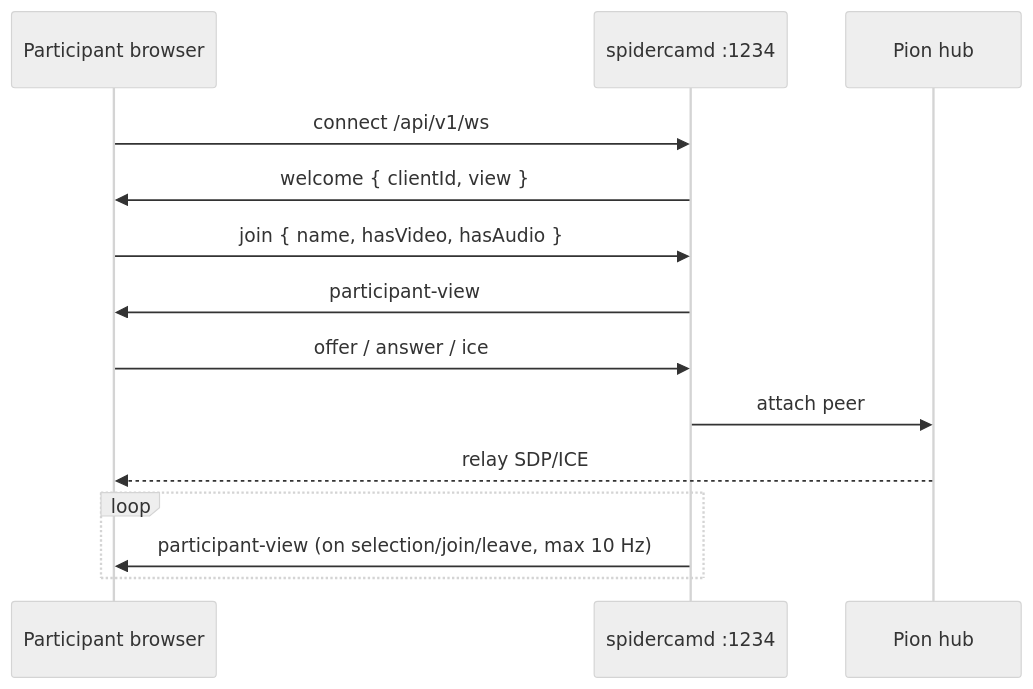
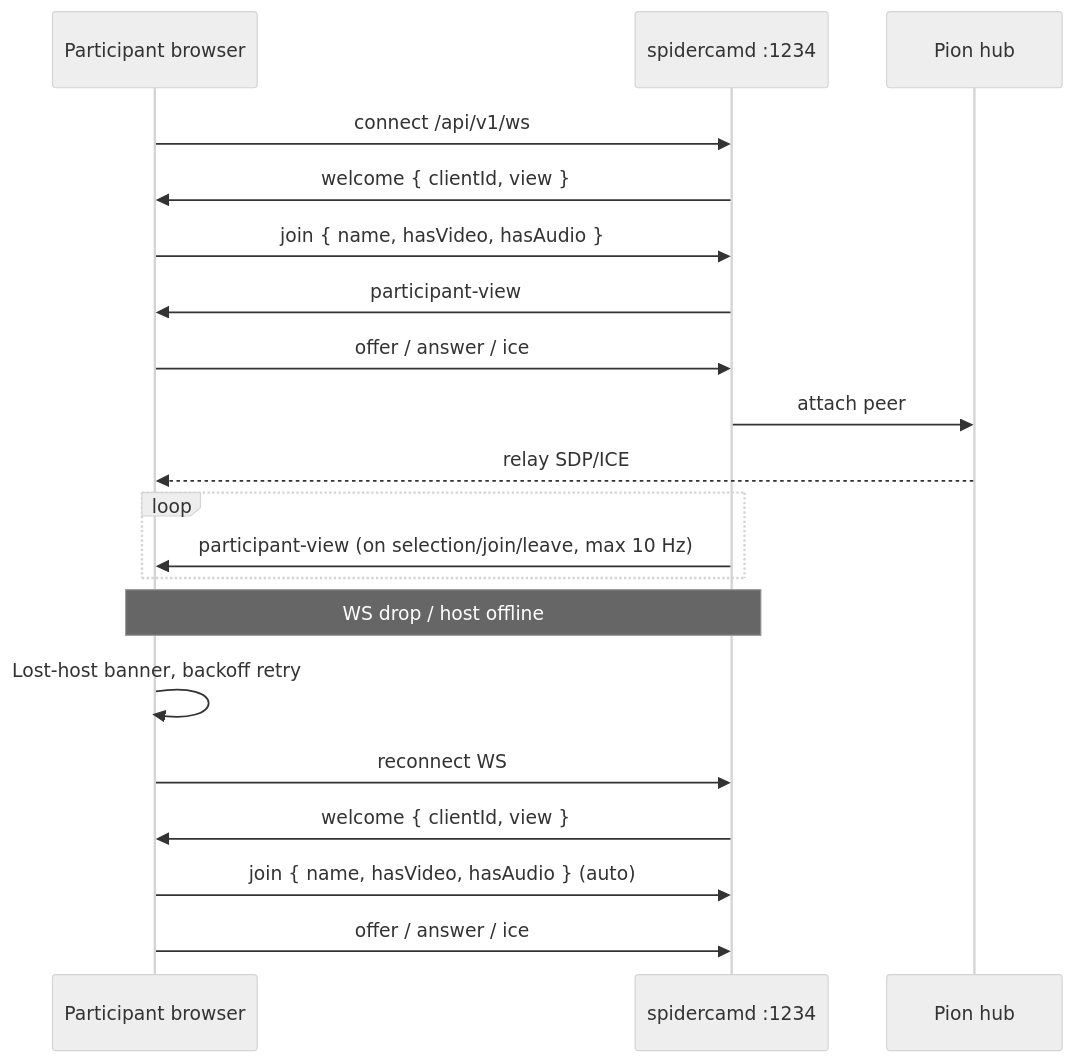
Before and after one commit to MarkusRink/spidercam: the diagram in plan/architecture/signaling.md, drawn with Mermaid (neutral theme). The commit also changed other lines of this file and 12 other files, not shown here.

````diff
--- a/plan/architecture/signaling.md
+++ b/plan/architecture/signaling.md
@@ -13,17 +13,23 @@
 ```mermaid
 sequenceDiagram
   participant B as Participant browser
   participant S as spidercamd :1234
   participant P as Pion hub
 
   B->>S: connect /api/v1/ws
   S->>B: welcome { clientId, view }
   B->>S: join { name, hasVideo, hasAudio }
   S->>B: participant-view
   B->>S: offer / answer / ice
   S->>P: attach peer
   P-->>B: relay SDP/ICE
   loop
     S->>B: participant-view (on selection/join/leave, max 10 Hz)
   end
+  Note over B,S: WS drop / host offline
+  B->>B: Lost-host banner, backoff retry
+  B->>S: reconnect WS
+  S->>B: welcome { clientId, view }
+  B->>S: join { name, hasVideo, hasAudio } (auto)
+  B->>S: offer / answer / ice
 ```
````
